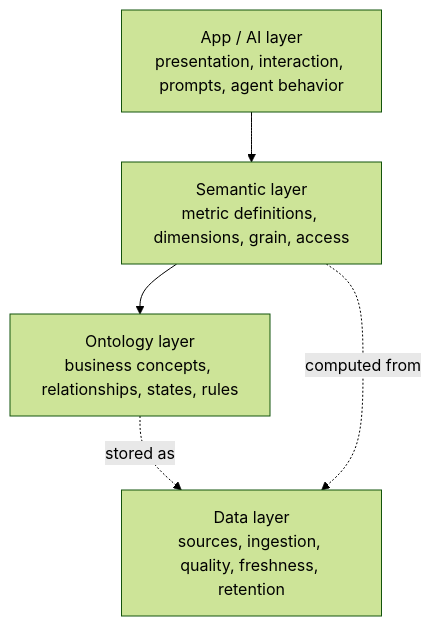
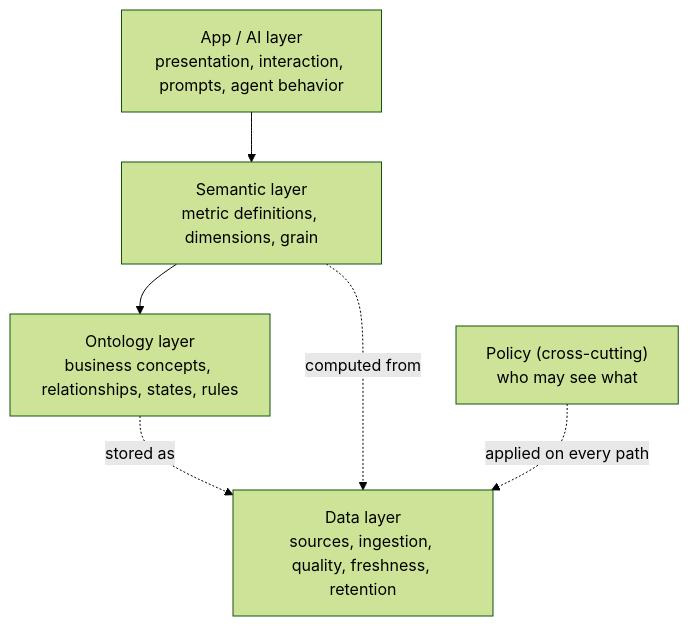
Before and after one commit to keito118/ai-ready-requirements: the diagram in framework/en/01_layers.md, drawn with Mermaid (forest theme). The commit also changed other lines of this file and 16 other files, not shown here.

Commit message:
Add AI processing flow and make access a cross-cutting policy (en/ja)

````diff
--- a/framework/en/01_layers.md
+++ b/framework/en/01_layers.md
@@ -7,10 +7,11 @@
 ```mermaid
 flowchart TB
   APP["App / AI layer<br/>presentation, interaction, prompts, agent behavior"]
-  SEM["Semantic layer<br/>metric definitions, dimensions, grain, access"]
+  SEM["Semantic layer<br/>metric definitions, dimensions, grain"]
   ONT["Ontology layer<br/>business concepts, relationships, states, rules"]
   DAT["Data layer<br/>sources, ingestion, quality, freshness, retention"]
   APP --> SEM --> ONT
   ONT -. stored as .-> DAT
   SEM -. computed from .-> DAT
+  POL["Policy (cross-cutting)<br/>who may see what"] -. applied on every path .-> DAT
 ```
````
